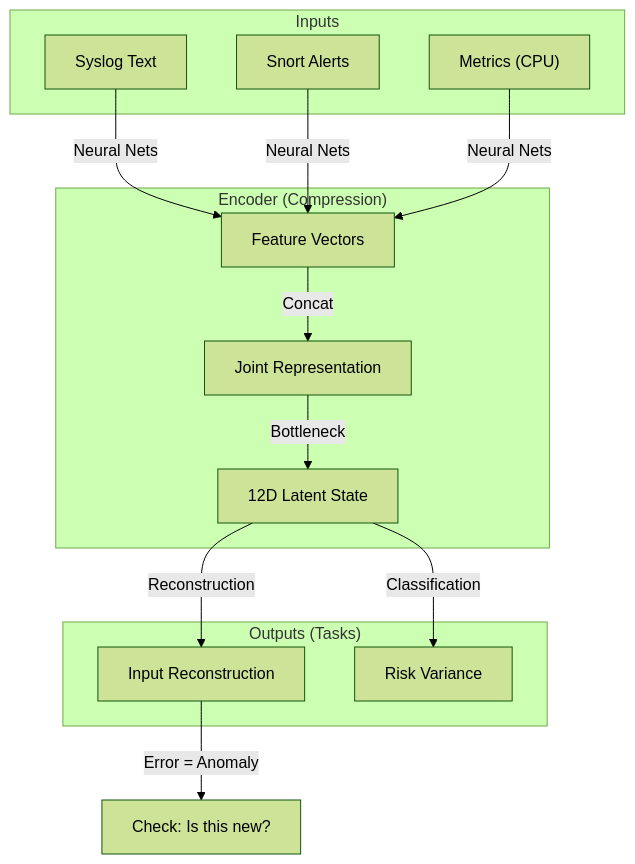
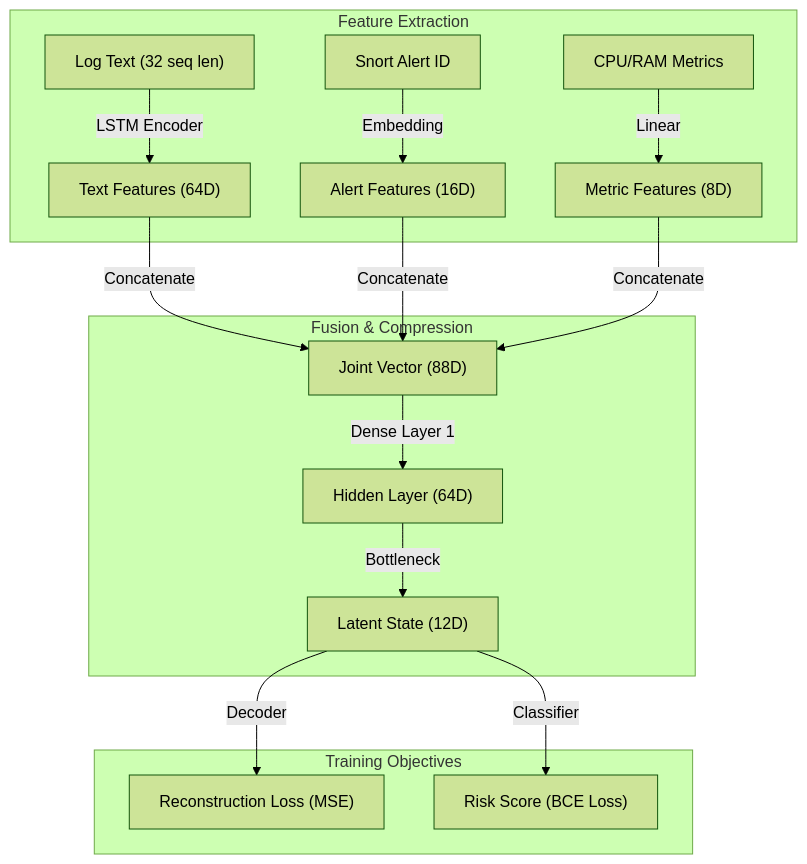
One commit to didi-09/AI_DRIVEN_SOAR changed the second of 5 diagrams in README.md. Above: the diagram before and after it, drawn with Mermaid (forest theme). The commit also changed other lines of this file, not shown here.

First line of the commit message:
Revise README for technical whitepaper and architecture details

````diff
--- a/README.md
+++ b/README.md
@@ -65,19 +53,23 @@
 ```mermaid
 graph TD
-    subgraph "Inputs"
-        T["Syslog Text"] & A["Snort Alerts"] & M["Metrics (CPU)"]
+    Input_Logs["Log Text (32 seq len)"]
+    Input_Alerts["Snort Alert ID"]
+    Input_Metrics["CPU/RAM Metrics"]
+
+    subgraph "Feature Extraction"
+        Input_Logs -->|LSTM Encoder| Feat_Text["Text Features (64D)"]
+        Input_Alerts -->|Embedding| Feat_Alert["Alert Features (16D)"]
+        Input_Metrics -->|Linear| Feat_Metric["Metric Features (8D)"]
     end
 
-    subgraph "Encoder (Compression)"
-        T & A & M -->|Neural Nets| Features["Feature Vectors"]
-        Features -->|Concat| Joint["Joint Representation"]
-        Joint -->|Bottleneck| State["12D Latent State"]
+    subgraph "Fusion & Compression"
+        Feat_Text & Feat_Alert & Feat_Metric -->|Concatenate| Integrated["Joint Vector (88D)"]
+        Integrated -->|Dense Layer 1| Hidden["Hidden Layer (64D)"]
+        Hidden -->|Bottleneck| Latent["Latent State (12D)"]
     end
 
-    subgraph "Outputs (Tasks)"
-        State -->|Reconstruction| Recon["Input Reconstruction"]
-        State -->|Classification| Class["Risk Variance"]
+    subgraph "Training Objectives"
+        Latent -->|Decoder| Recon["Reconstruction Loss (MSE)"]
+        Latent -->|Classifier| Risk["Risk Score (BCE Loss)"]
     end
-
-    Recon -->|Error = Anomaly| Anomaly["Check: Is this new?"]
 ```
````
